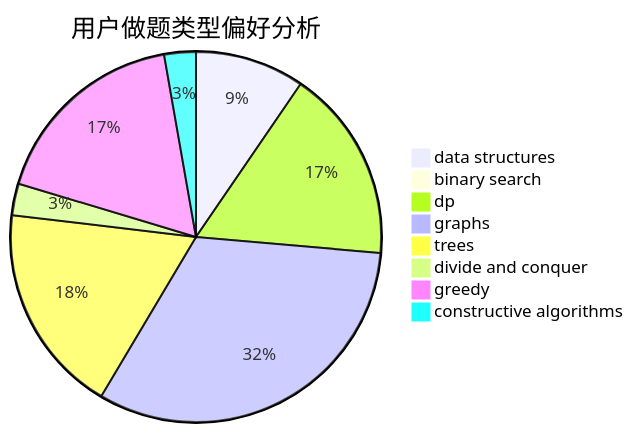
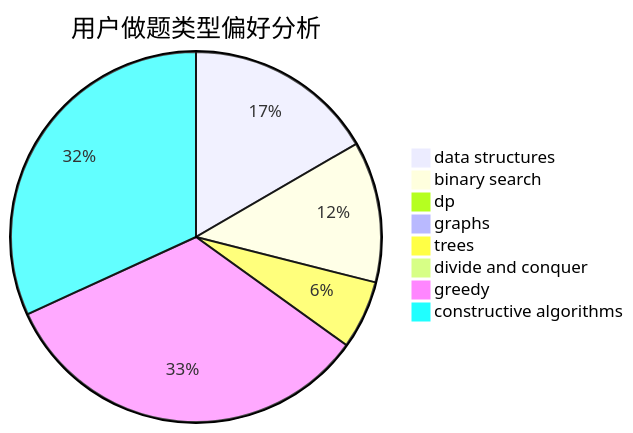
Before and after one commit to sherpahu/cfrs.github.io: the second of 3 diagrams in docs/user/u1153.md, drawn with Mermaid. The commit also changed other lines of this file and 2770 other files, not shown here.

````diff
--- a/docs/user/u1153.md
+++ b/docs/user/u1153.md
@@ -23,11 +23,11 @@
 ```mermaid
 pie title 用户做题类型偏好分析
-    "data structures" :  38
-    "binary search" :  3
-    "dp" :  67
-    "graphs" :  128
-    "trees" :  73
-    "divide and conquer" :  11
-    "greedy" :  70
-    "constructive algorithms" :  11
+    "data structures" :  178
+    "binary search" :  132
+    "dp" :  3
+    "graphs" :  0
+    "trees" :  64
+    "divide and conquer" :  0
+    "greedy" :  356
+    "constructive algorithms" :  341
 ```
````
